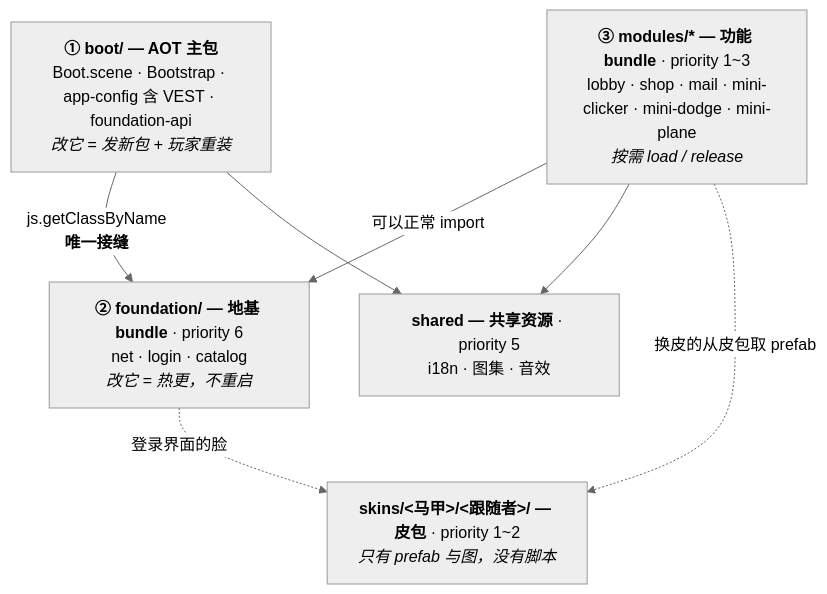
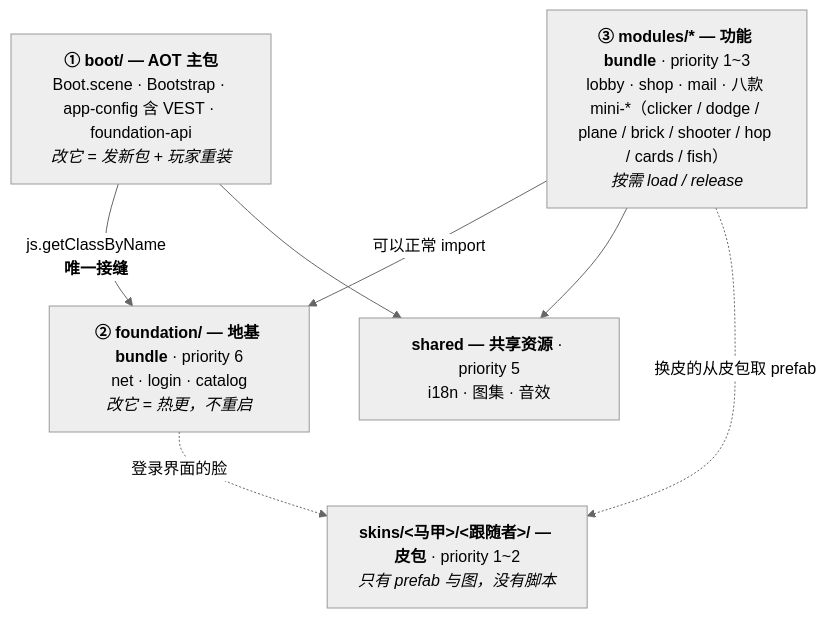
The first of 2 diagrams in apps/demo/docs/bundle-layout.md (bearluo/creator-core-kit), drawn with Mermaid (neutral theme) before and after one commit. The commit also changed other lines of this file and 40 other files, not shown here.

First line of the commit message:
feat(demo,core,engine): mini-fish 第二刀 —— 图集进 bundle、横屏、ECS 接上 cc.Node

````diff
--- a/apps/demo/docs/bundle-layout.md
+++ b/apps/demo/docs/bundle-layout.md
@@ -18,15 +18,15 @@
 ```mermaid
 flowchart TB
   boot["<b>① boot/ — AOT 主包</b><br/>Boot.scene · Bootstrap · app-config 含 VEST · foundation-api<br/><i>改它 = 发新包 + 玩家重装</i>"]
   foundation["<b>② foundation/ — 地基 bundle</b> · priority 6<br/>net · login · catalog<br/><i>改它 = 热更，不重启</i>"]
-  modules["<b>③ modules/* — 功能 bundle</b> · priority 1~3<br/>lobby · shop · mail · mini-clicker · mini-dodge · mini-plane<br/><i>按需 load / release</i>"]
+  modules["<b>③ modules/* — 功能 bundle</b> · priority 1~3<br/>lobby · shop · mail · 八款 mini-*（clicker / dodge / plane / brick / shooter / hop / cards / fish）<br/><i>按需 load / release</i>"]
   shared["<b>shared — 共享资源</b> · priority 5<br/>i18n · 图集 · 音效"]
   skins["<b>skins/&lt;马甲&gt;/&lt;跟随者&gt;/ — 皮包</b> · priority 1~2<br/><i>只有 prefab 与图，没有脚本</i>"]
 
   boot -->|"js.getClassByName<br/><b>唯一接缝</b>"| foundation
   boot --> shared
   modules -->|"可以正常 import"| foundation
   modules --> shared
   modules -.->|"换皮的从皮包取 prefab"| skins
   foundation -.->|"登录界面的脸"| skins
 ```
````
